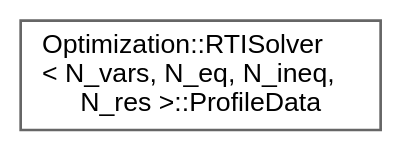
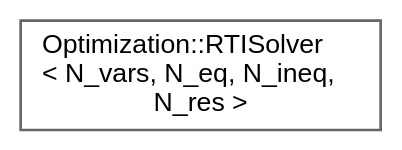
Before and after one commit to jswoo0615/Algorithms_for_Optimization_cpp: the diagram in inherit_graph_61.dot, drawn with Graphviz. The commit also changed 119 other files, not shown here.

```diff
--- a/inherit_graph_61.dot
+++ b/inherit_graph_61.dot
@@ -1,9 +1,9 @@
 digraph "Graphical Class Hierarchy"
 {
  // LATEX_PDF_SIZE
   bgcolor="transparent";
   edge [fontname=Helvetica,fontsize=10,labelfontname=Helvetica,labelfontsize=10];
   node [fontname=Helvetica,fontsize=10,shape=box,height=0.2,width=0.4];
   rankdir="LR";
-  Node0 [id="Node000000",label="Optimization::RTISolver\l\< N_vars, N_eq, N_ineq,\l N_res \>::ProfileData",height=0.2,width=0.4,color="grey40", fillcolor="white", style="filled",URL="$structOptimization_1_1RTISolver_1_1ProfileData.html",tooltip=" "];
+  Node0 [id="Node000000",label="Optimization::RTISolver\l\< N_vars, N_eq, N_ineq,\l N_res \>",height=0.2,width=0.4,color="grey40", fillcolor="white", style="filled",URL="$classOptimization_1_1RTISolver.html",tooltip=" "];
 }
```
